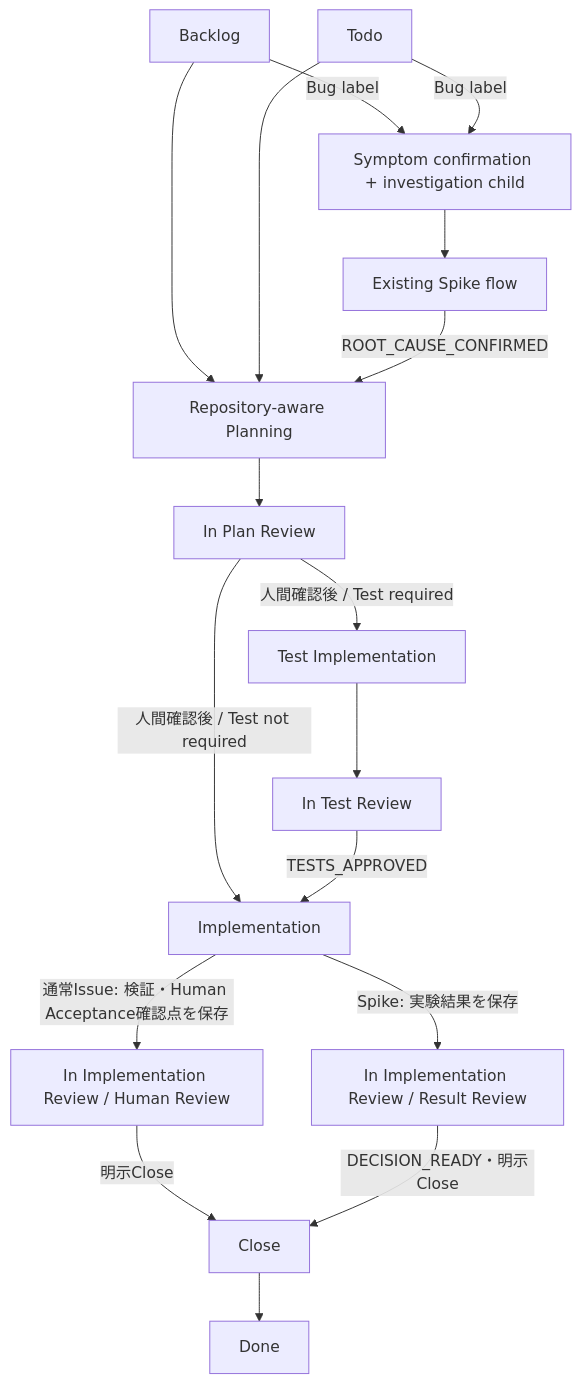
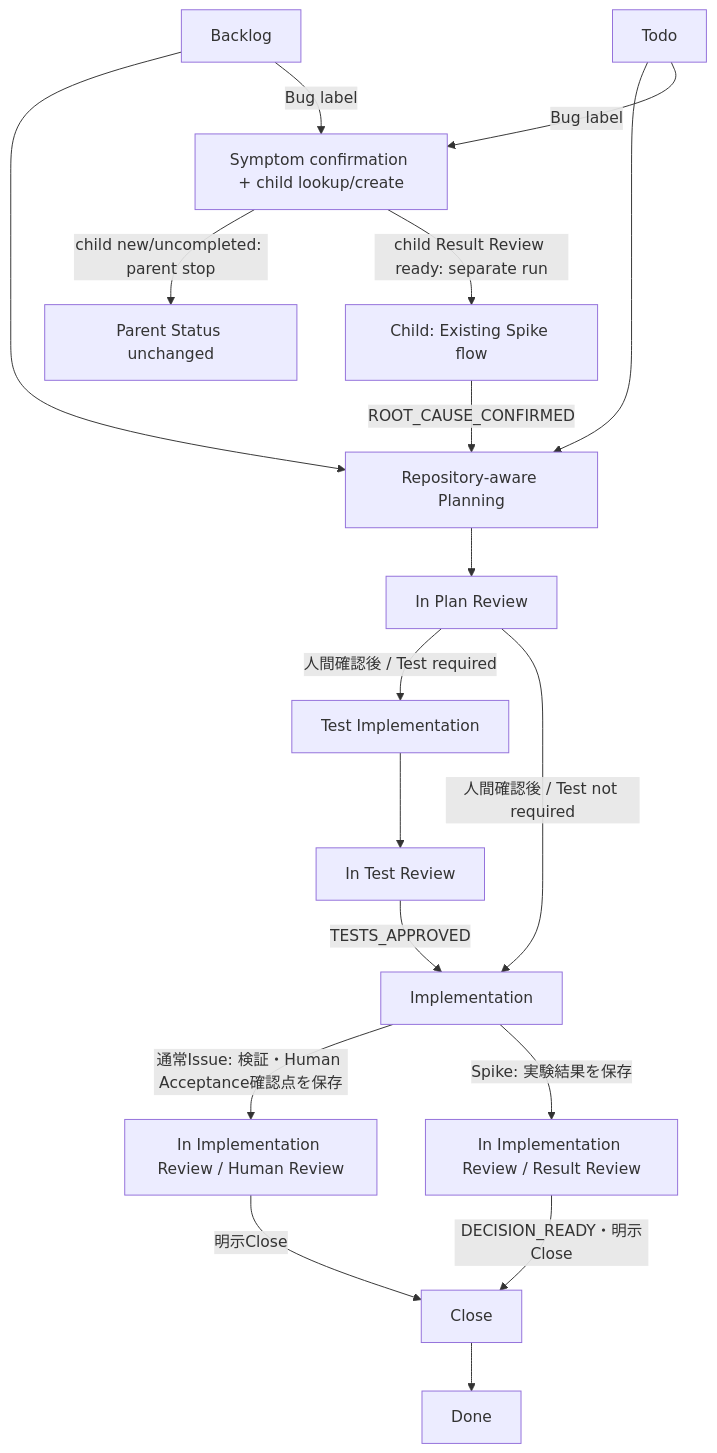
The first of 2 diagrams in agent-development-workflow.md (hnishim/harness), drawn with Mermaid before and after one commit. The commit also changed other lines of this file and 9 other files, not shown here.

````diff
--- a/agent-development-workflow.md
+++ b/agent-development-workflow.md
@@ -45,19 +45,20 @@
 ```mermaid
 flowchart TD
     B[Backlog] --> P[Repository-aware Planning]
     T[Todo] --> P
-    B -->|Bug label| BI[Symptom confirmation + investigation child]
+    B -->|Bug label| BI[Symptom confirmation + child lookup/create]
     T -->|Bug label| BI
-    BI --> SI[Existing Spike flow]
+    BI -->|child new/uncompleted: parent stop| PS[Parent Status unchanged]
+    BI -->|child Result Review ready: separate run| SI[Child: Existing Spike flow]
     SI -->|ROOT_CAUSE_CONFIRMED| P
     P --> R[In Plan Review]
     R -->|人間確認後 / Test required| TW[Test Implementation]
     R -->|人間確認後 / Test not required| I[Implementation]
     TW --> TR[In Test Review]
     TR -->|TESTS_APPROVED| I
     I -->|通常Issue: 検証・Human Acceptance確認点を保存| H[In Implementation Review / Human Review]
     I -->|Spike: 実験結果を保存| SR[In Implementation Review / Result Review]
     H -->|明示Close| C[Close]
     SR -->|DECISION_READY・明示Close| C
     C --> D[Done]
 ```
````
